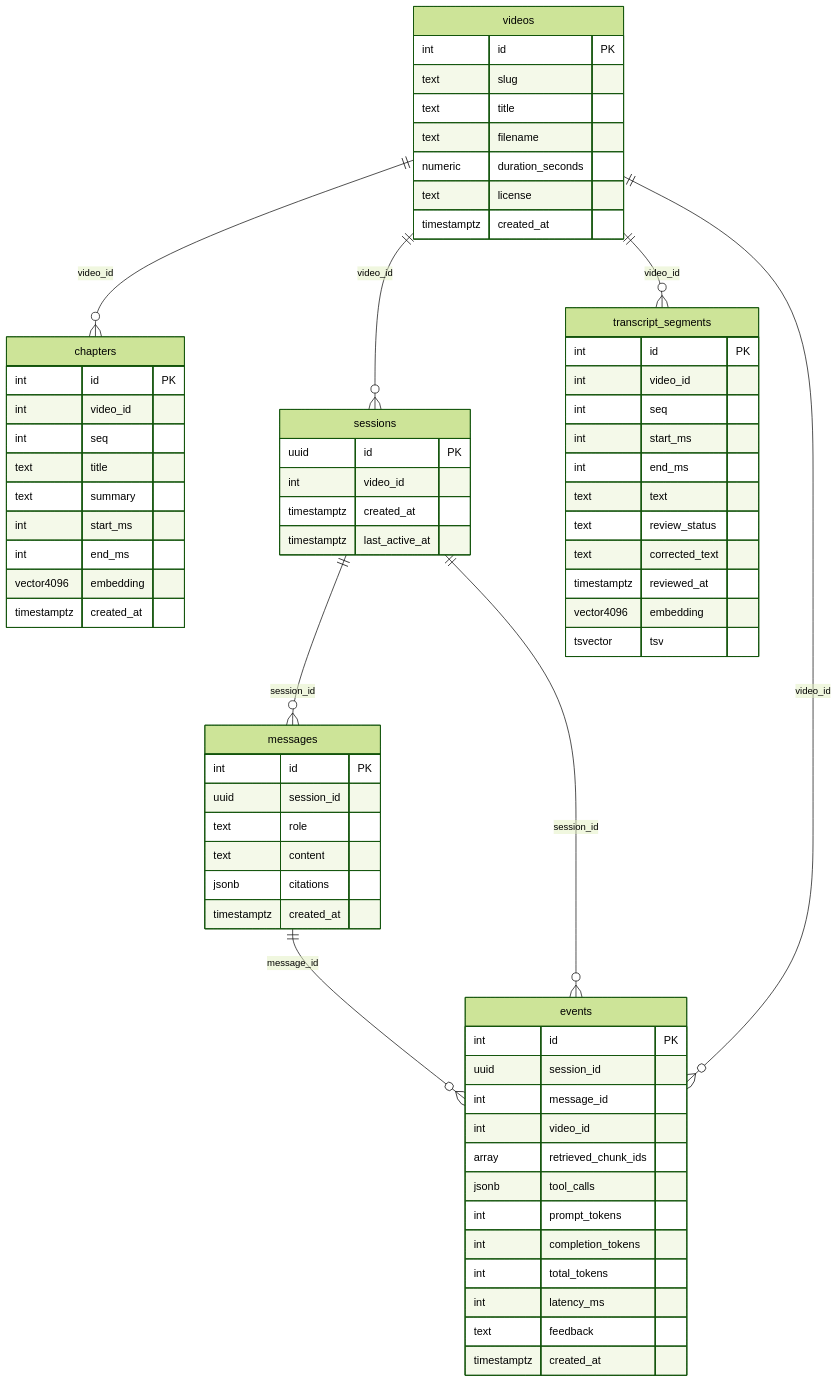
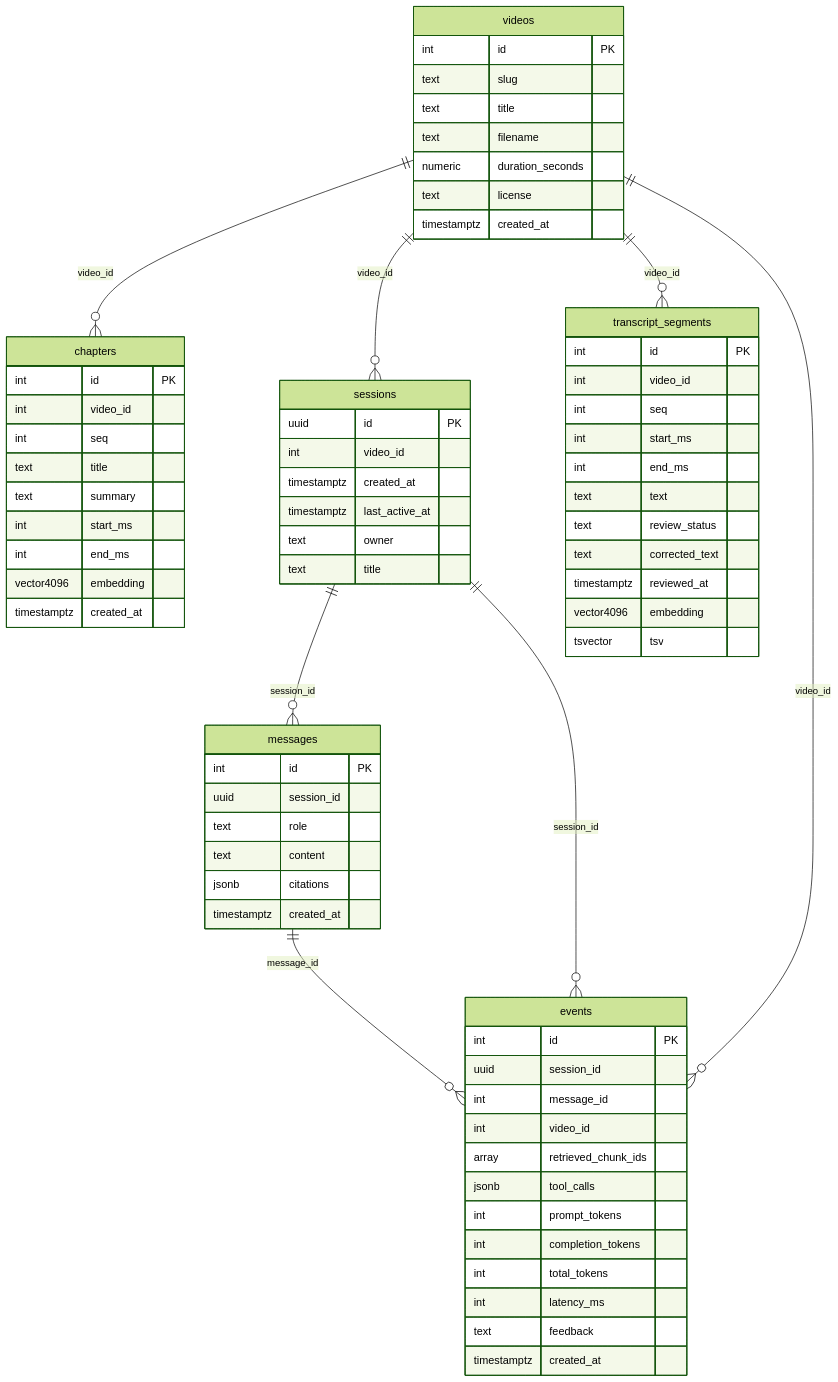
One commit to vxtto/video-qna-public changed the diagram in docs/SCHEMA.md. Above: the diagram before and after it, drawn with Mermaid (forest theme). The commit also changed other lines of this file, not shown here.

First line of the commit message:
docs: regenerate SCHEMA.md for sessions.owner/title (0005/0006)

````diff
--- a/docs/SCHEMA.md
+++ b/docs/SCHEMA.md
@@ -16,71 +16,73 @@
 ```mermaid
 erDiagram
     videos ||--o{ chapters : "video_id"
     messages ||--o{ events : "message_id"
     sessions ||--o{ events : "session_id"
     videos ||--o{ events : "video_id"
     sessions ||--o{ messages : "session_id"
     videos ||--o{ sessions : "video_id"
     videos ||--o{ transcript_segments : "video_id"
     chapters {
         int id "PK"
         int video_id
         int seq
         text title
         text summary
         int start_ms
         int end_ms
         vector4096 embedding
         timestamptz created_at
     }
     events {
         int id "PK"
         uuid session_id
         int message_id
         int video_id
         array retrieved_chunk_ids
         jsonb tool_calls
         int prompt_tokens
         int completion_tokens
         int total_tokens
         int latency_ms
         text feedback
         timestamptz created_at
     }
     messages {
         int id "PK"
         uuid session_id
         text role
         text content
         jsonb citations
         timestamptz created_at
     }
     sessions {
         uuid id "PK"
         int video_id
         timestamptz created_at
         timestamptz last_active_at
+        text owner
+        text title
     }
     transcript_segments {
         int id "PK"
         int video_id
         int seq
         int start_ms
         int end_ms
         text text
         text review_status
         text corrected_text
         timestamptz reviewed_at
         vector4096 embedding
         tsvector tsv
     }
     videos {
         int id "PK"
         text slug
         text title
         text filename
         numeric duration_seconds
         text license
         timestamptz created_at
     }
 ```
````
